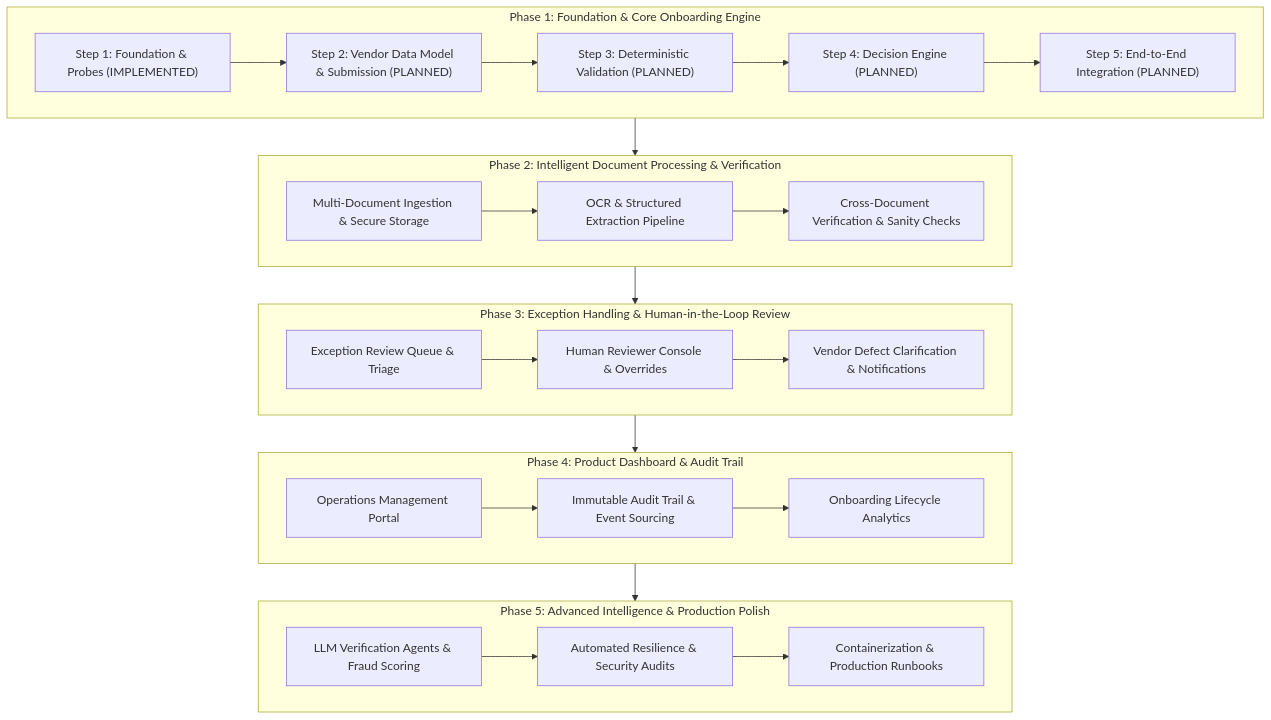
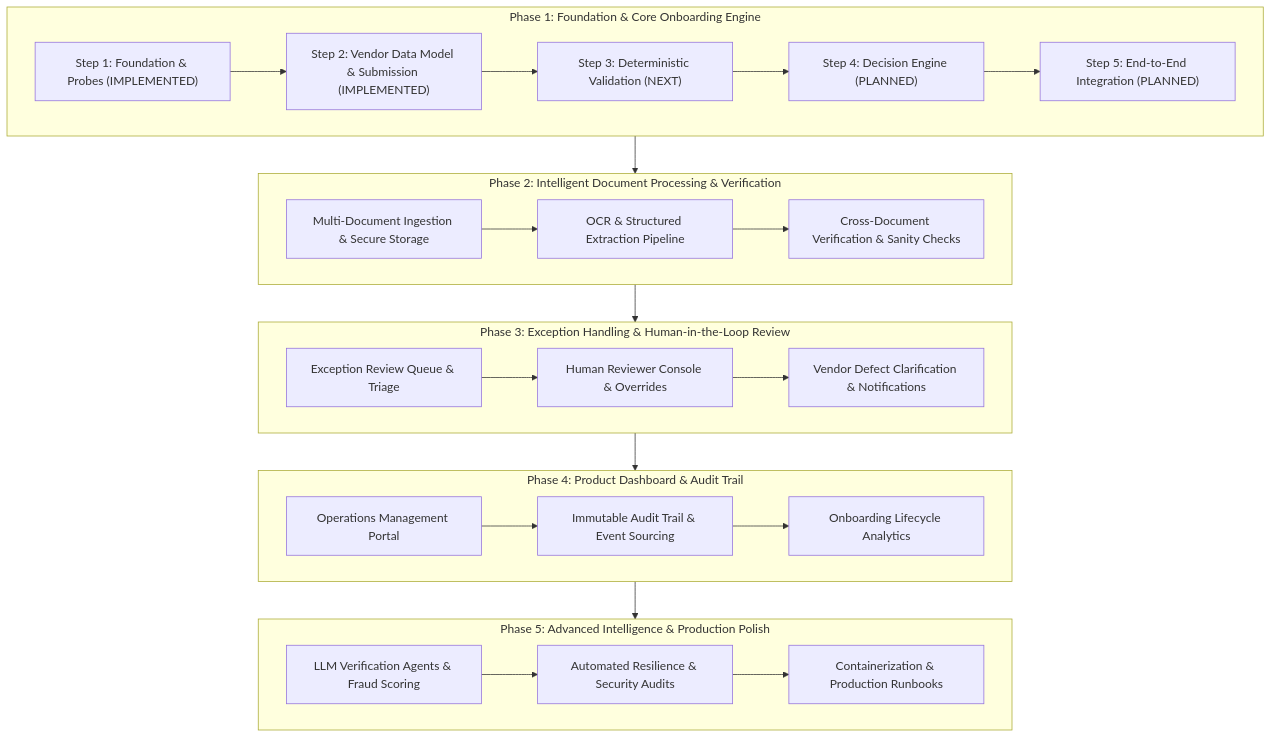
One commit to Tocoung/Zamp changed the diagram in docs/architecture.md. Above: the diagram before and after it, drawn with Mermaid. The commit also changed other lines of this file and 17 other files, not shown here.

Commit message:
feat(step2): implement vendor data model, submission API, and directory UI

````diff
--- a/docs/architecture.md
+++ b/docs/architecture.md
@@ -149,34 +149,34 @@
 ```mermaid
 flowchart TD
     subgraph P1["Phase 1: Foundation & Core Onboarding Engine"]
-        F1["Step 1: Foundation & Probes (IMPLEMENTED)"] --> F2["Step 2: Vendor Data Model & Submission (PLANNED)"]
-        F2 --> F3["Step 3: Deterministic Validation (PLANNED)"]
+        F1["Step 1: Foundation & Probes (IMPLEMENTED)"] --> F2["Step 2: Vendor Data Model & Submission (IMPLEMENTED)"]
+        F2 --> F3["Step 3: Deterministic Validation (NEXT)"]
         F3 --> F4["Step 4: Decision Engine (PLANNED)"]
         F4 --> F5["Step 5: End-to-End Integration (PLANNED)"]
     end
 
     subgraph P2["Phase 2: Intelligent Document Processing & Verification"]
         D1["Multi-Document Ingestion & Secure Storage"] --> D2["OCR & Structured Extraction Pipeline"]
         D2 --> D3["Cross-Document Verification & Sanity Checks"]
     end
 
     subgraph P3["Phase 3: Exception Handling & Human-in-the-Loop Review"]
         E1["Exception Review Queue & Triage"] --> E2["Human Reviewer Console & Overrides"]
         E2 --> E3["Vendor Defect Clarification & Notifications"]
     end
 
     subgraph P4["Phase 4: Product Dashboard & Audit Trail"]
         U1["Operations Management Portal"] --> U2["Immutable Audit Trail & Event Sourcing"]
         U2 --> U3["Onboarding Lifecycle Analytics"]
     end
 
     subgraph P5["Phase 5: Advanced Intelligence & Production Polish"]
         A1["LLM Verification Agents & Fraud Scoring"] --> A2["Automated Resilience & Security Audits"]
         A2 --> A3["Containerization & Production Runbooks"]
     end
 
     P1 --> P2
     P2 --> P3
     P3 --> P4
     P4 --> P5
 ```
````
